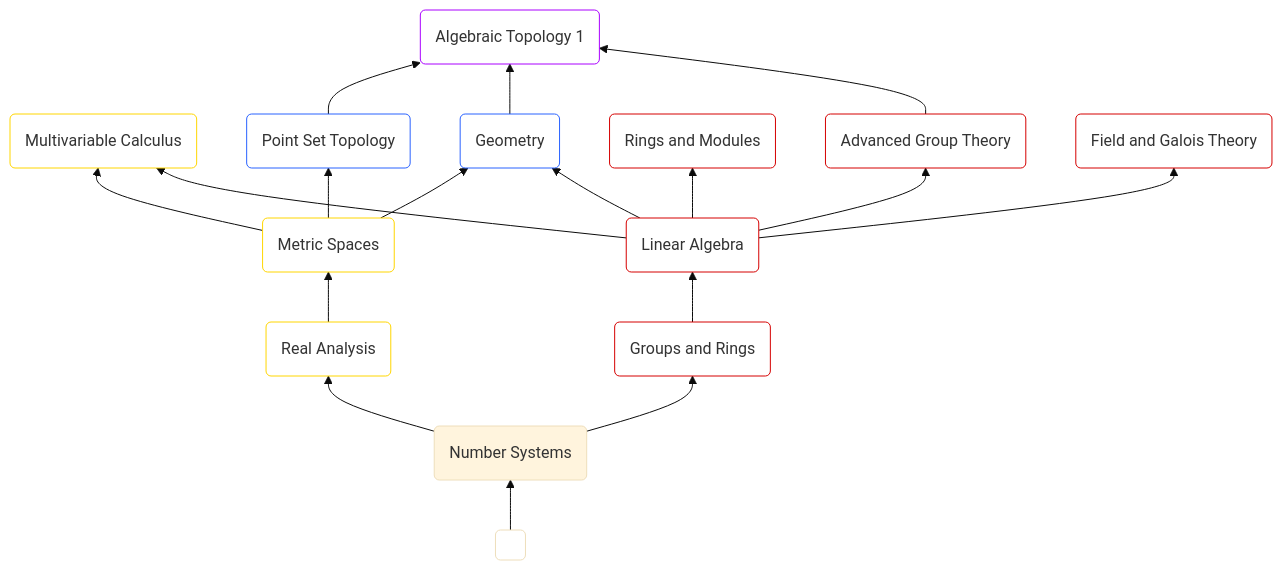
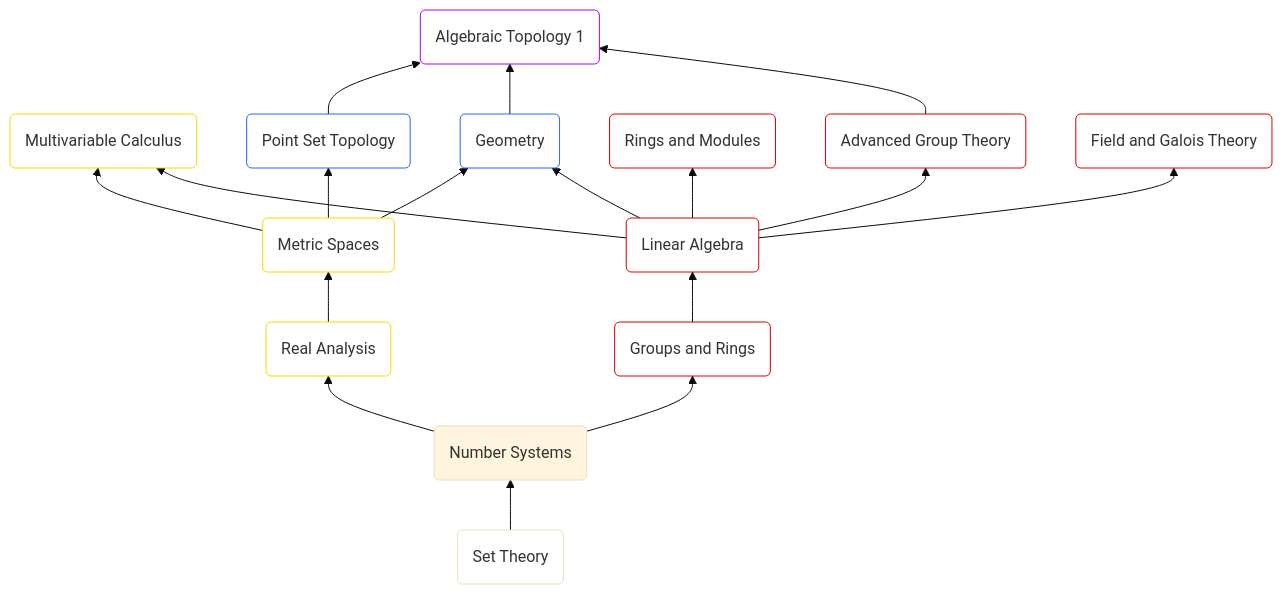
One commit to Labix-Liu/Notes changed the diagram in README.md. Above: the diagram before and after it, drawn with Mermaid (base theme).

````diff
--- a/README.md
+++ b/README.md
@@ -1,34 +1,39 @@
 ```mermaid
 flowchart BT
-    A("<a href='[https://github.com/](https://github.com/Labix-Liu/Notes/blob/main/Sets%20and%20Numbers/Set%20Theory/Set%20Theory.pdf)'Set Theory</a>") --> B("Number Systems")
+    A("Set Theory") --> B("Number Systems")
     B --> C("Real Analysis") & D("Groups and Rings")
     C --> E("Metric Spaces")
     D --> F("Linear Algebra")
     E --> G("Multivariable Calculus") & H("Point Set Topology") & I("Geometry")
     F --> G & I & J("Rings and Modules") & K("Advanced Group Theory") & L("Field and Galois Theory")
     H --> M("Algebraic Topology 1")
     I --> M
     K --> M
 
      A:::None
      C:::Analysis
      D:::Algebra
      E:::Analysis
      F:::Algebra
      G:::Analysis
      H:::Class_01
      H:::TopologyGeometry
      H:::TopGeo
      I:::Class_01
      I:::TopologyGeometry
      I:::TopGeo
      J:::Algebra
      K:::Algebra
      L:::Algebra
      M:::AlgTopGeo
     classDef AlgTopGeo stroke:#AA00FF, fill:#FFFFFF
     classDef TopGeo stroke:#2962FF, fill:#FFFFFF
     classDef Analysis stroke:#FFD600, fill:#FFFFFF
     classDef Algebra stroke:#D50000, fill:#FFFFFF
     classDef None fill:#FFFFFF
+
+    click A "https://github.com/Labix-Liu/Notes/blob/main/Sets%20and%20Numbers/Set%20Theory/Set%20Theory.pdf"
+
+
+
 ```
````
